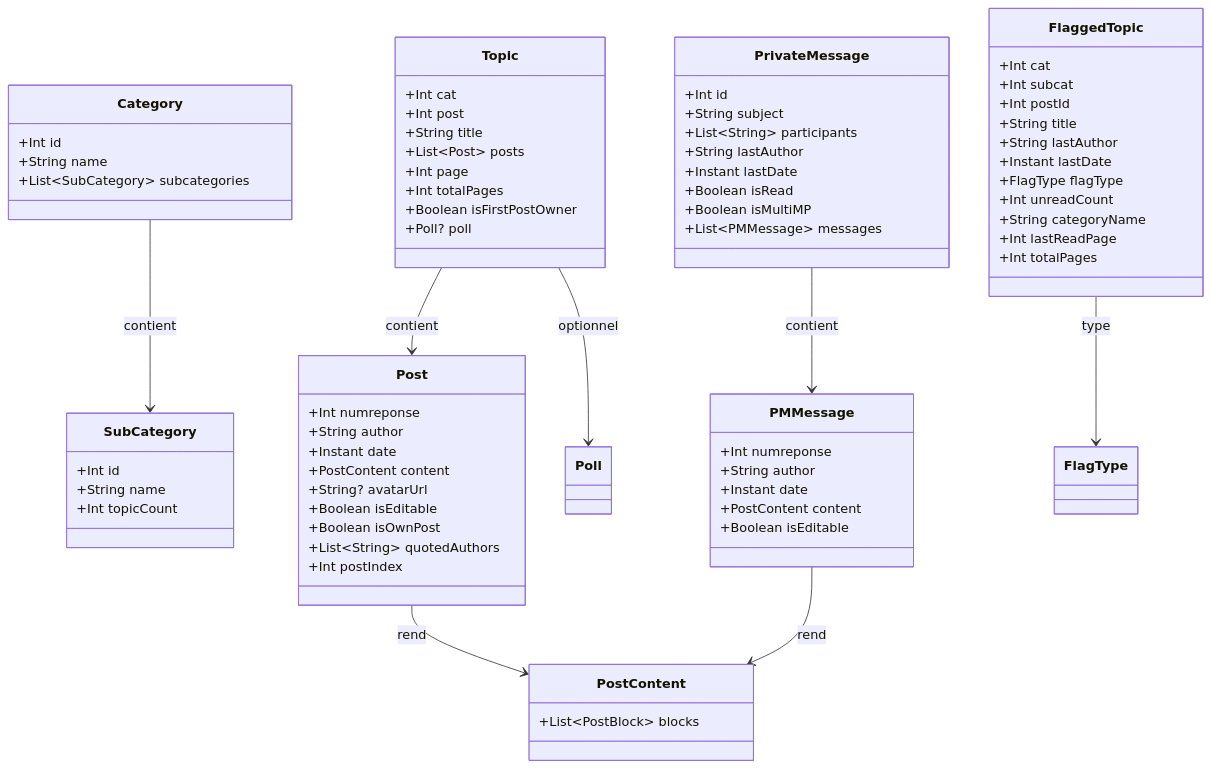
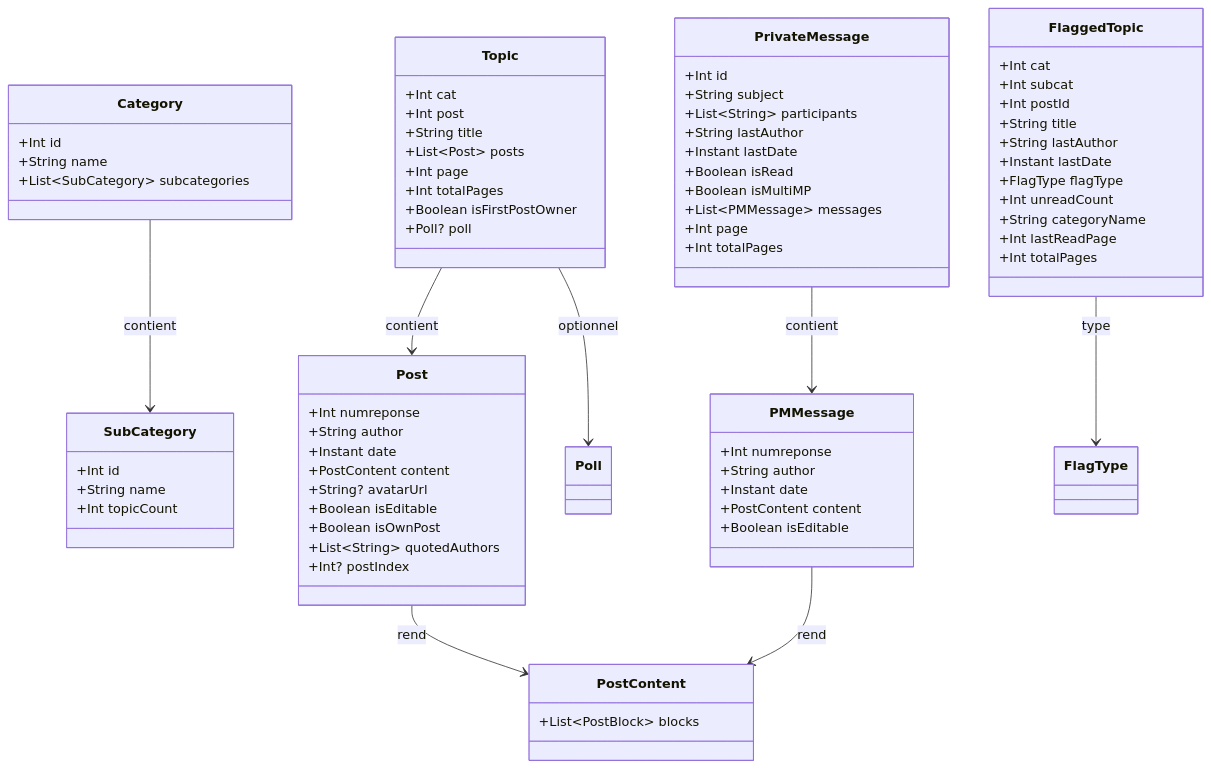
Before and after one commit to ForumHFR/redface2: the diagram in docs/specs/models.md, drawn with Mermaid. The commit also changed other lines of this file and 18 other files, not shown here.

```diff
--- a/docs/specs/models.md
+++ b/docs/specs/models.md
@@ -64,7 +64,7 @@
         +Boolean isEditable
         +Boolean isOwnPost
         +List~String~ quotedAuthors
-        +Int postIndex
+        +Int? postIndex
     }
 
     class PostContent {
@@ -92,6 +92,8 @@
         +Boolean isRead
         +Boolean isMultiMP
         +List~PMMessage~ messages
+        +Int page
+        +Int totalPages
     }
 
     class PMMessage {
```
